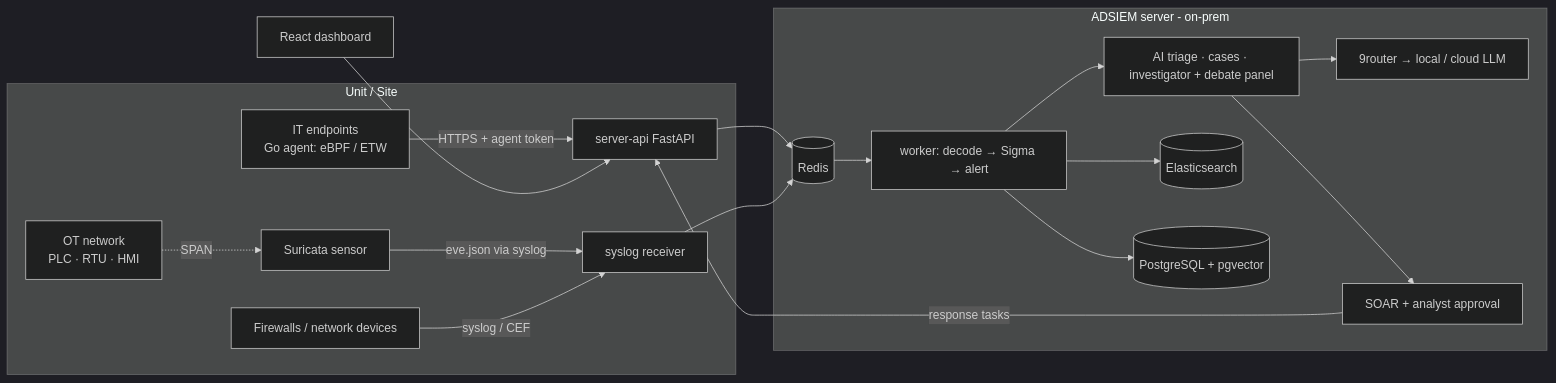
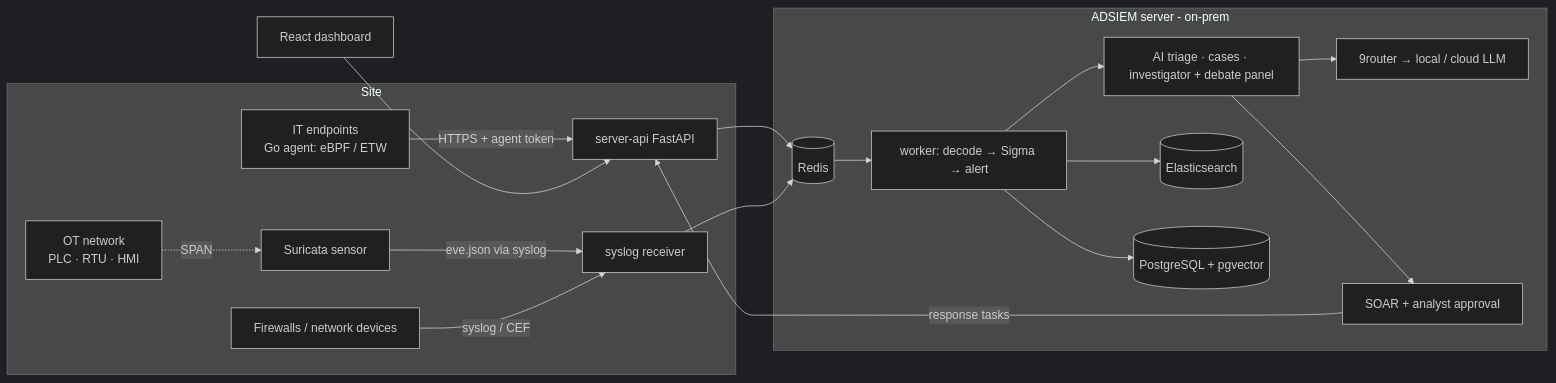
One commit to adriyansyah-mf/ADSIEM changed the diagram in README.md. Above: the diagram before and after it, drawn with Mermaid (dark theme). The commit also changed other lines of this file and 1 other file, not shown here.

````diff
--- a/README.md
+++ b/README.md
@@ -102,21 +103,21 @@
 ```mermaid
 flowchart LR
-  subgraph Site[Unit / Site]
+  subgraph Site[Site]
     EP[IT endpoints<br/>Go agent: eBPF / ETW] -->|HTTPS + agent token| API
     OT[OT network<br/>PLC · RTU · HMI] -. SPAN .-> SUR[Suricata sensor]
     SUR -->|eve.json via syslog| SYS
     NET[Firewalls / network devices] -->|syslog / CEF| SYS
   end
   subgraph Server[ADSIEM server - on-prem]
     API[server-api FastAPI] --> R[(Redis)]
     SYS[syslog receiver] --> R
     R --> W[worker: decode → Sigma → alert]
     W --> AI[AI triage · cases · investigator + debate panel]
     AI --> LLM[9router → local / cloud LLM]
     W --> ES[(Elasticsearch)]
     W --> PG[(PostgreSQL + pgvector)]
     AI --> SOAR[SOAR + analyst approval]
     SOAR -->|response tasks| API
   end
   UI[React dashboard] --> API
 ```
````
